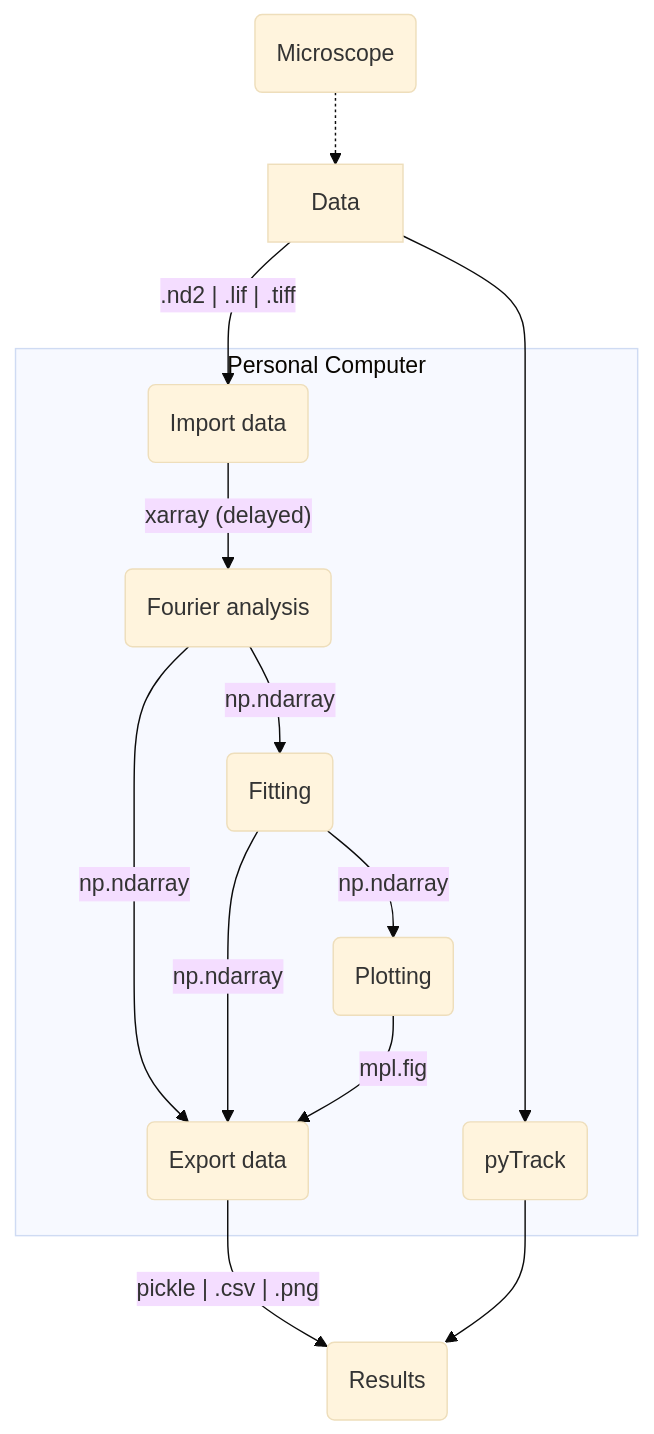
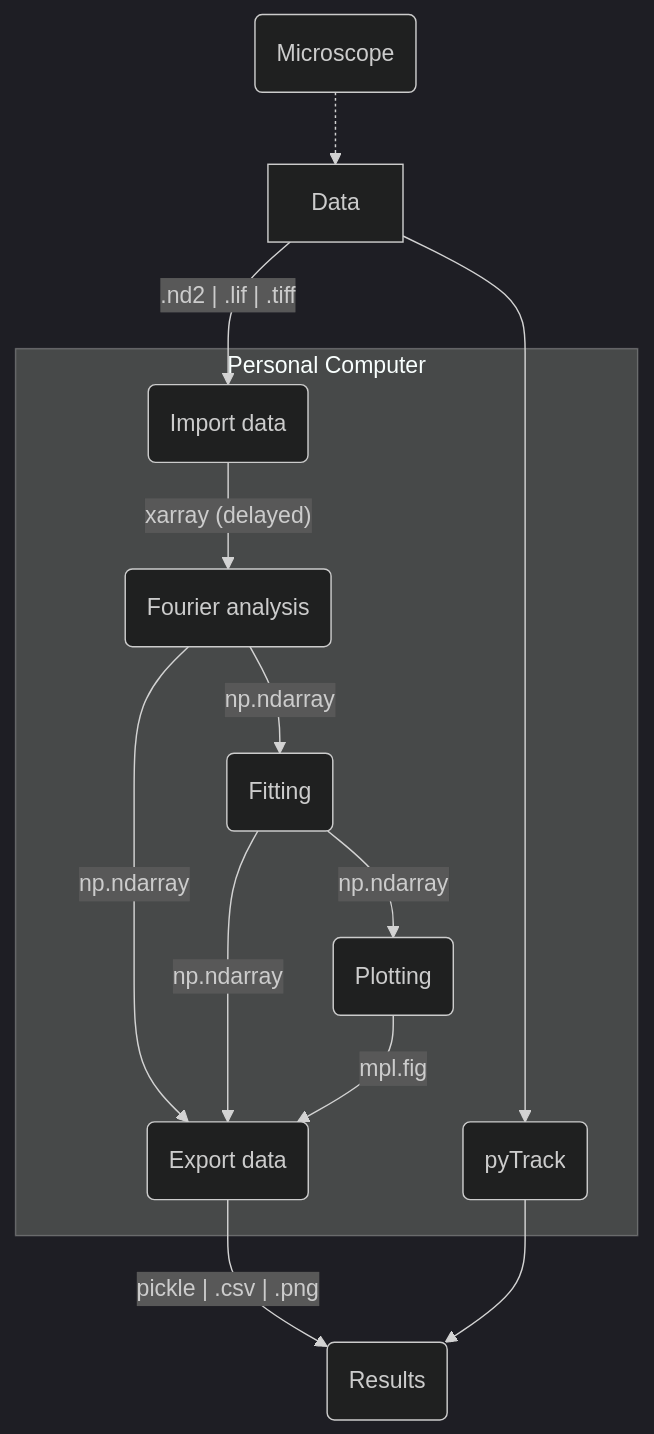
One commit to koenderinklab/OpenDDM changed the diagram in README.md. Above: the diagram before and after it, drawn with Mermaid.

Commit message:
Update theme diagram

````diff
--- a/README.md
+++ b/README.md
@@ -17,31 +17,31 @@
 ```mermaid
-%%{init: {'theme': 'base'}}%%
+%%{init: {'theme': 'dark'}}%%
 flowchart TB
 
     id1(Microscope) .-> Data
     Data
 
     Data -->|".nd2 | .lif | .tiff"| Import(Import data)
     Import -->|"xarray (delayed)"| Fourier(Fourier analysis)
     Data --> Track(pyTrack)
 
     Fourier -->|np.ndarray| Fit(Fitting)
     Fit -->|np.ndarray| Plot(Plotting)
     
     Fourier -->|np.ndarray| Export(Export data)
     Fit -->|np.ndarray| Export
     Plot -->|mpl.fig| Export
 
     Export -->|"pickle | .csv | .png"| R(Results)    
     Track --> R    
 
 
     subgraph Personal Computer
     Import
     Fourier
     Fit
     Plot
     Export
     Track
     end
 ```
````
